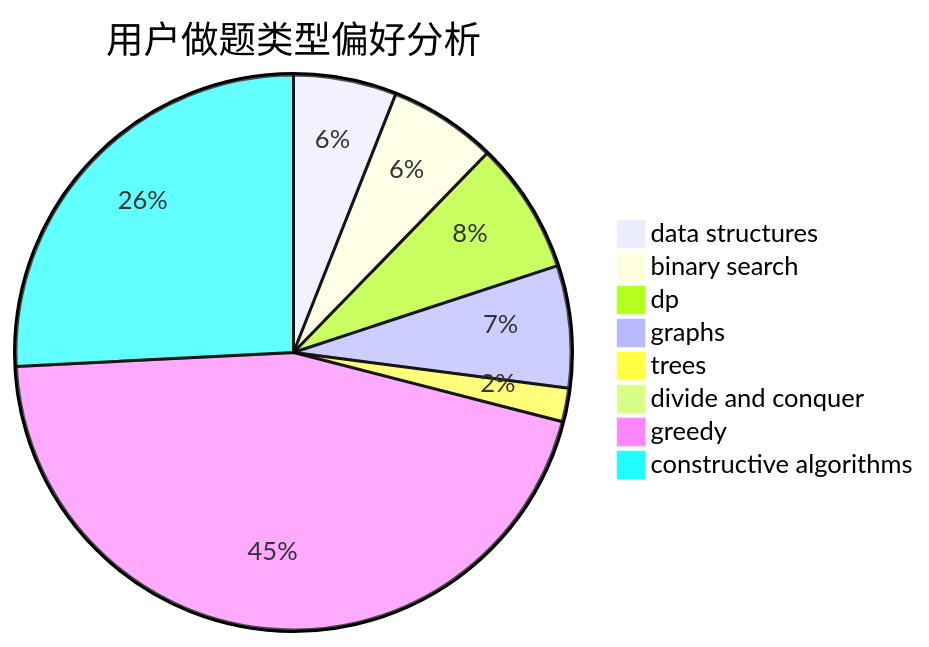
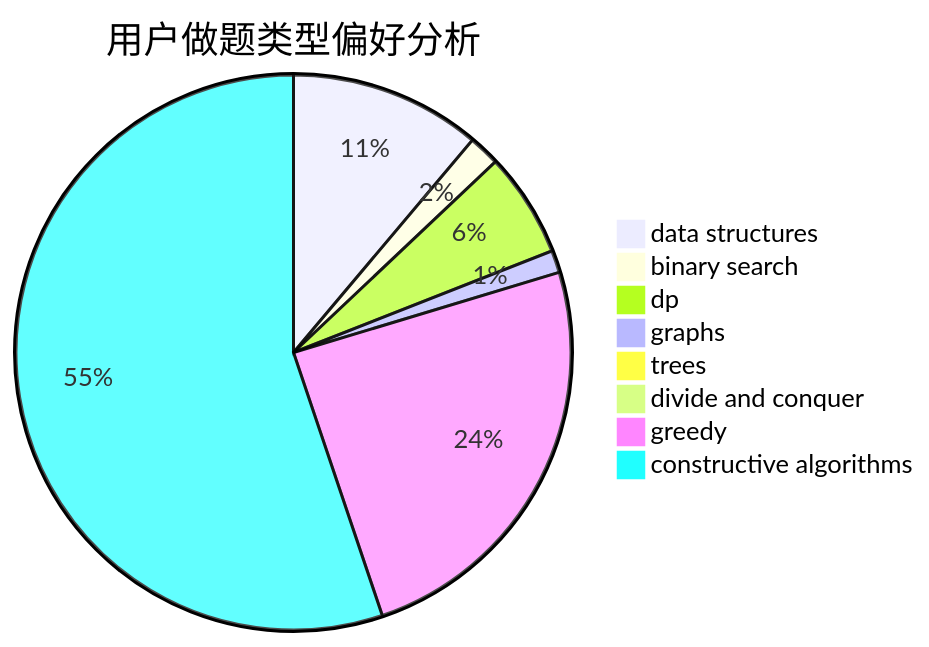
One commit to sherpahu/cfrs.github.io changed the second of 3 diagrams in docs/user/u2697.md. Above: the diagram before and after it, drawn with Mermaid. The commit also changed other lines of this file and 2770 other files, not shown here.

````diff
--- a/docs/user/u2697.md
+++ b/docs/user/u2697.md
@@ -23,11 +23,11 @@
 ```mermaid
 pie title 用户做题类型偏好分析
-    "data structures" :  43
-    "binary search" :  45
-    "dp" :  55
-    "graphs" :  51
-    "trees" :  14
-    "divide and conquer" :  4
-    "greedy" :  324
-    "constructive algorithms" :  185
+    "data structures" :  86
+    "binary search" :  14
+    "dp" :  47
+    "graphs" :  10
+    "trees" :  5
+    "divide and conquer" :  0
+    "greedy" :  189
+    "constructive algorithms" :  426
 ```
````
